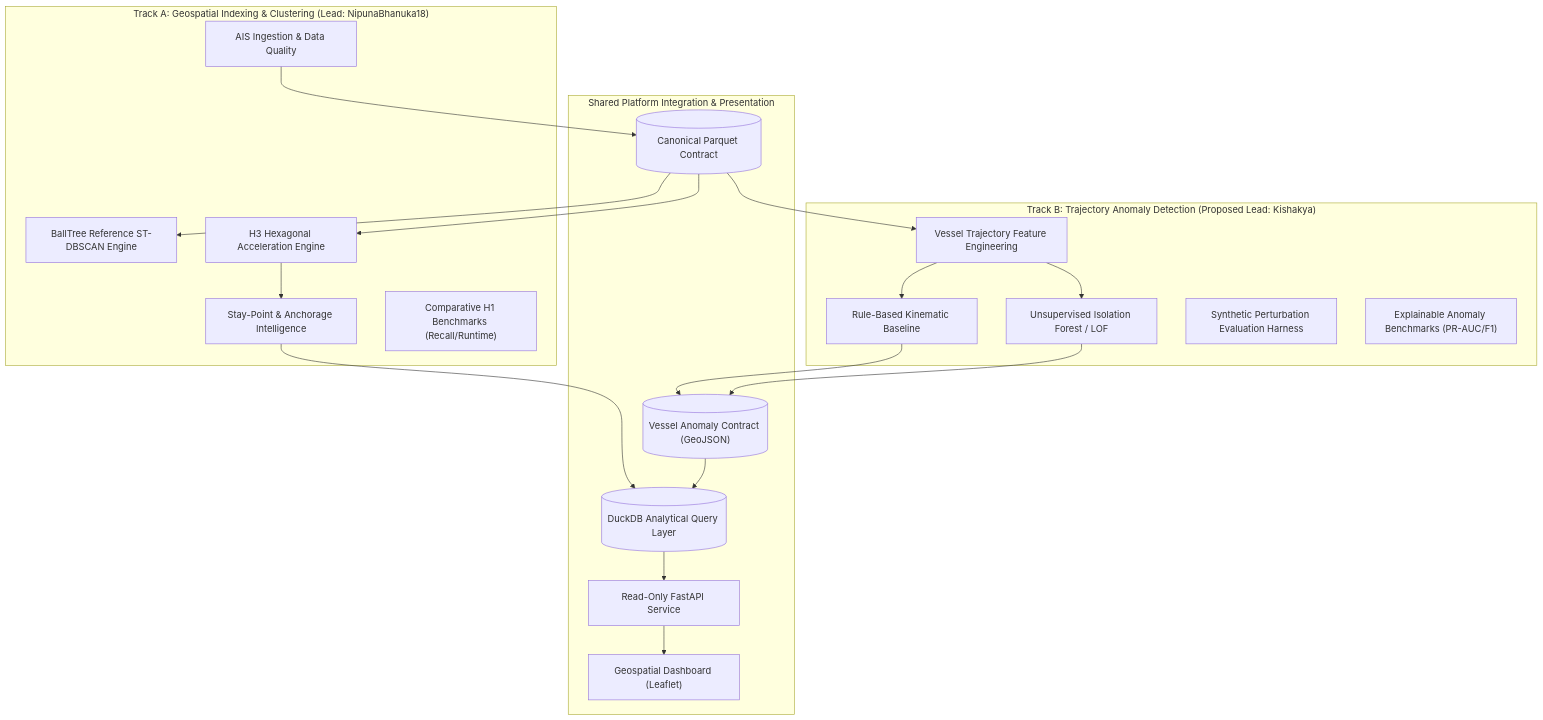
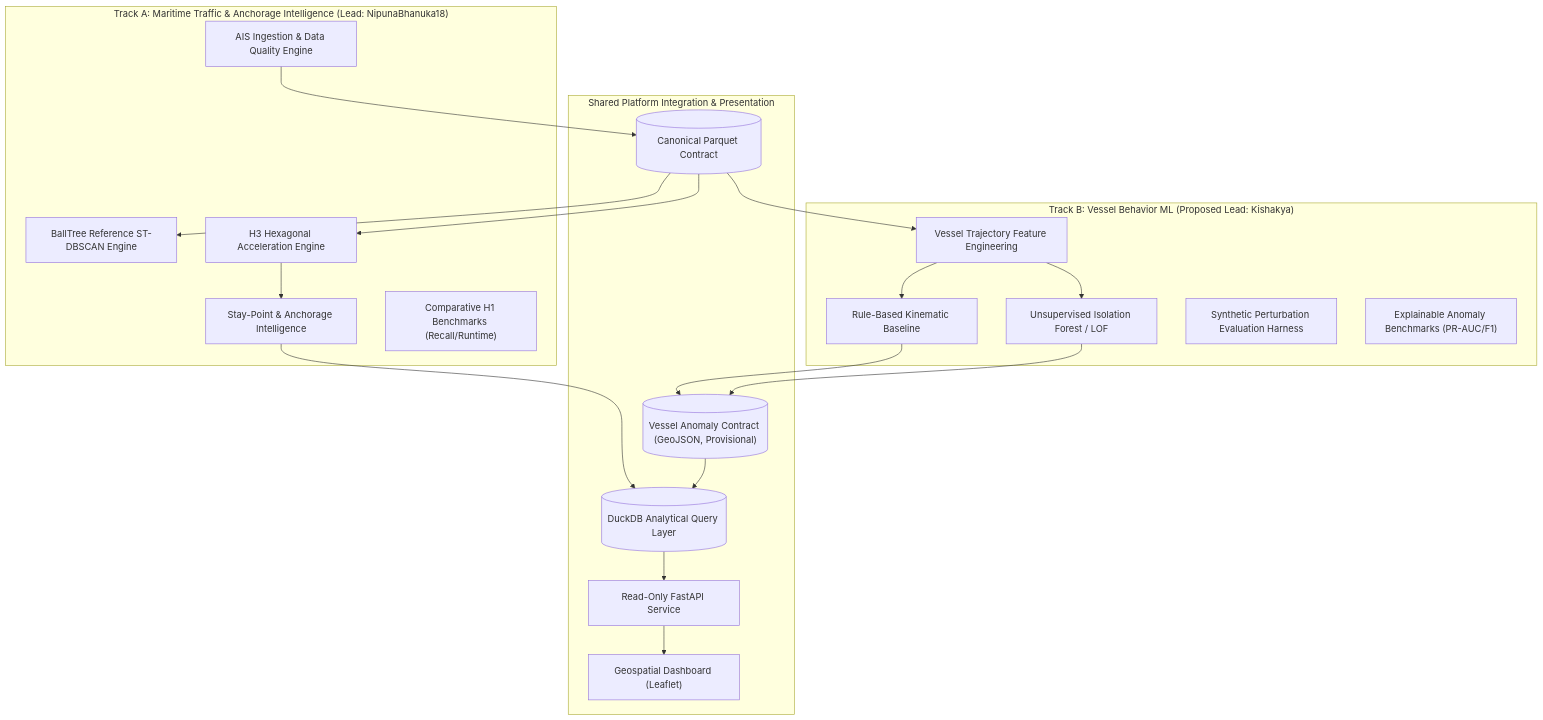
One commit to NipunaBhanuka18/Project-AegisMar changed the diagram in docs/01-project/collaboration-plan.md. Above: the diagram before and after it, drawn with Mermaid. The commit also changed other lines of this file and 19 other files, not shown here.

````diff
--- a/docs/01-project/collaboration-plan.md
+++ b/docs/01-project/collaboration-plan.md
@@ -23,40 +28,40 @@
 ```mermaid
 flowchart TD
-    subgraph TrackA ["Track A: Geospatial Indexing & Clustering (Lead: NipunaBhanuka18)"]
-        Ingest["AIS Ingestion & Data Quality"]
+    subgraph TrackA ["Track A: Maritime Traffic & Anchorage Intelligence (Lead: NipunaBhanuka18)"]
+        Ingest["AIS Ingestion & Data Quality Engine"]
         BallTree["BallTree Reference ST-DBSCAN Engine"]
         H3["H3 Hexagonal Acceleration Engine"]
         StayPoint["Stay-Point & Anchorage Intelligence"]
         H1Eval["Comparative H1 Benchmarks (Recall/Runtime)"]
     end
 
-    subgraph TrackB ["Track B: Trajectory Anomaly Detection (Proposed Lead: Kishakya)"]
+    subgraph TrackB ["Track B: Vessel Behavior ML (Proposed Lead: Kishakya)"]
         TrajFeat["Vessel Trajectory Feature Engineering"]
         RuleScorer["Rule-Based Kinematic Baseline"]
         IsoForest["Unsupervised Isolation Forest / LOF"]
         Perturb["Synthetic Perturbation Evaluation Harness"]
         H2Eval["Explainable Anomaly Benchmarks (PR-AUC/F1)"]
     end
 
     subgraph Platform ["Shared Platform Integration & Presentation"]
         ParquetContract[("Canonical Parquet Contract")]
-        AnomalyContract[("Vessel Anomaly Contract (GeoJSON)")]
+        AnomalyContract[("Vessel Anomaly Contract (GeoJSON, Provisional)")]
         DuckDBStore[("DuckDB Analytical Query Layer")]
         FastAPI["Read-Only FastAPI Service"]
         WebMap["Geospatial Dashboard (Leaflet)"]
     end
 
     Ingest --> ParquetContract
     ParquetContract --> BallTree
     ParquetContract --> H3
     ParquetContract --> TrajFeat
     H3 --> StayPoint
     StayPoint --> DuckDBStore
     TrajFeat --> RuleScorer
     TrajFeat --> IsoForest
     RuleScorer --> AnomalyContract
     IsoForest --> AnomalyContract
     AnomalyContract --> DuckDBStore
     DuckDBStore --> FastAPI
     FastAPI --> WebMap
 ```
````
